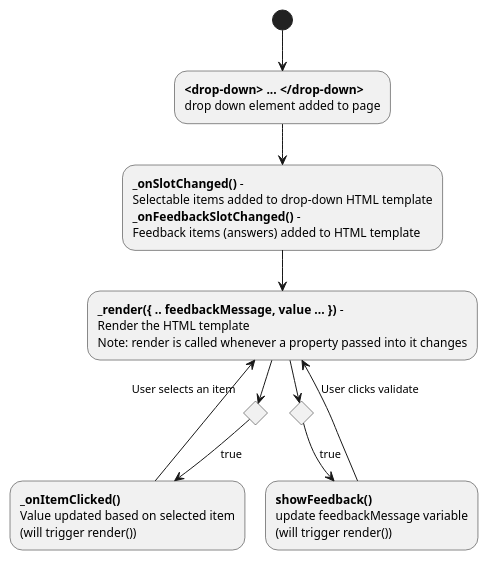
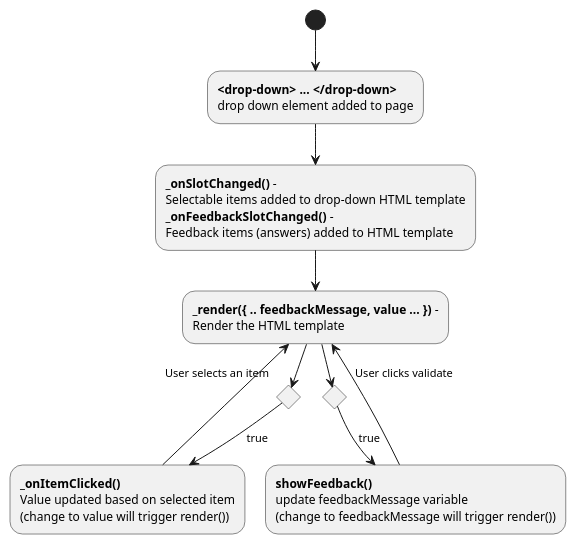
The diagram in packages/drop-down/process-diagram.wsd (lulzzz/mtl-assessment-components), drawn with PlantUML before and after one commit.

Commit message:
update process diagram

```diff
--- a/packages/drop-down/process-diagram.wsd
+++ b/packages/drop-down/process-diagram.wsd
@@ -9,33 +9,31 @@
 @startuml
          
 (*) --> "<b><drop-down> ... </drop-down></b>
         drop down element added to page
         "  
 
     --> "<b>_onSlotChanged()</b> - 
          Selectable items added to drop-down HTML template
          <b>_onFeedbackSlotChanged()</b> - 
          Feedback items (answers) added to HTML template
          " as init
 
     -->  "<b>_render({ .. feedbackMessage, value ... })</b> - 
          Render the HTML template
-         Note: render is called whenever a property passed into it changes
          " as render
 
 if "User selects an item" then
   -->[true] "<b>_onItemClicked()</b>
              Value updated based on selected item
-             (will trigger render())"
+             (change to value will trigger render())"
     --> render
 endif
 
 if "User clicks validate" then
   -->[true] "<b>showFeedback()</b>
     update feedbackMessage variable
-    (will trigger render())"
+    (change to feedbackMessage will trigger render())"
+    --> render
 endif
 
---> render
-
 @enduml
```
